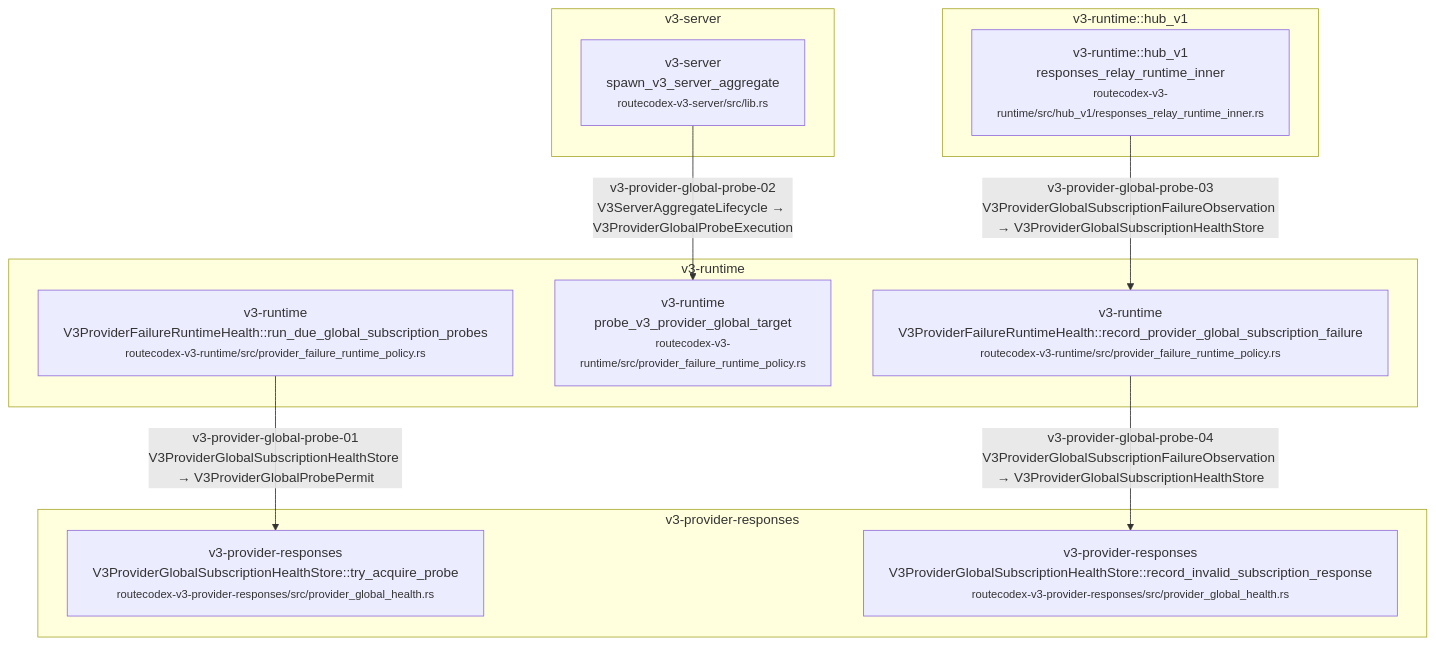
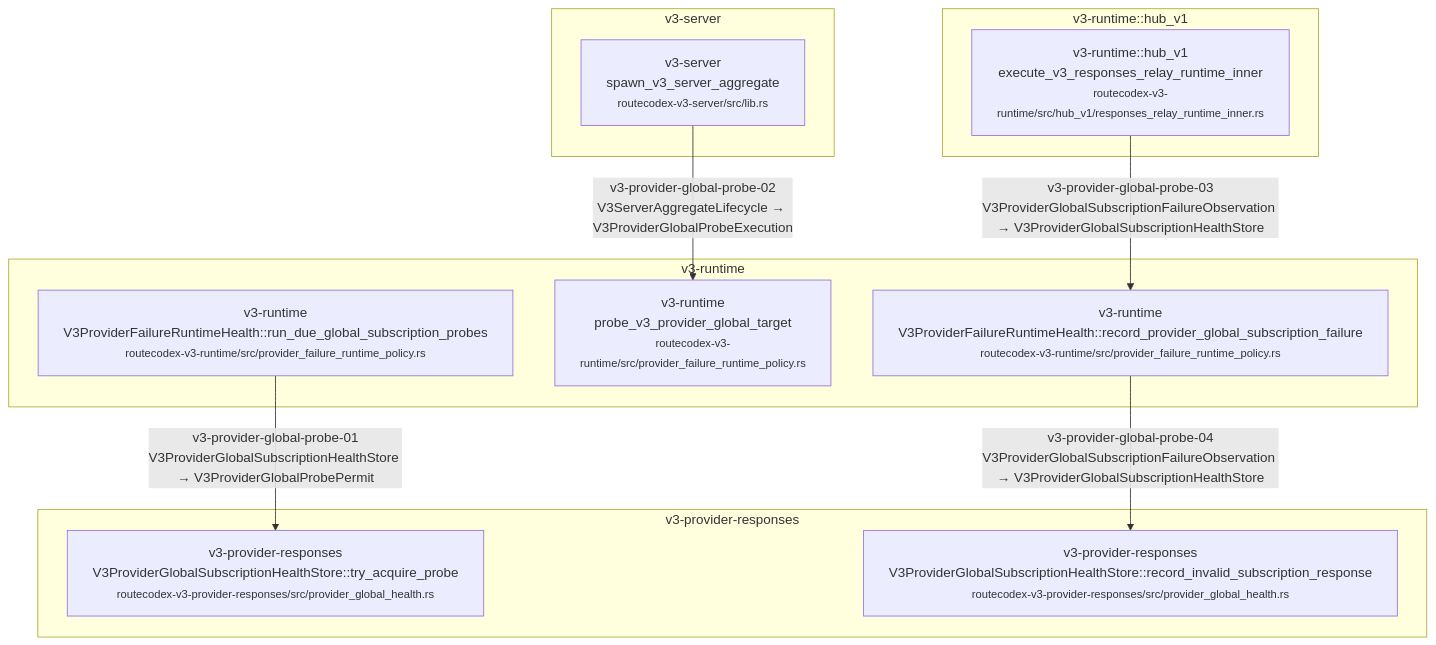
Diagram 59 of 59 in docs/architecture/wiki/v3-mainline-caller-flow.md (Jasonzhangf/routecodex), drawn with Mermaid before and after one commit. The commit also changed other lines of this file and 16 other files, not shown here.

````diff
--- a/docs/architecture/wiki/v3-mainline-caller-flow.md
+++ b/docs/architecture/wiki/v3-mainline-caller-flow.md
@@ -2389,22 +2389,22 @@
 ```mermaid
 flowchart TD
   subgraph c_57_v3_provider_global_subscription_probe_m_v3_provider_responses["v3-provider-responses"]
     c_57_v3_provider_global_subscription_probe_1["v3-provider-responses<br/>V3ProviderGlobalSubscriptionHealthStore::try_acquire_probe<br/><small>routecodex-v3-provider-responses/src/provider_global_health.rs</small>"]
     c_57_v3_provider_global_subscription_probe_6["v3-provider-responses<br/>V3ProviderGlobalSubscriptionHealthStore::record_invalid_subscription_response<br/><small>routecodex-v3-provider-responses/src/provider_global_health.rs</small>"]
   end
   subgraph c_57_v3_provider_global_subscription_probe_m_v3_runtime["v3-runtime"]
     c_57_v3_provider_global_subscription_probe_0["v3-runtime<br/>V3ProviderFailureRuntimeHealth::run_due_global_subscription_probes<br/><small>routecodex-v3-runtime/src/provider_failure_runtime_policy.rs</small>"]
     c_57_v3_provider_global_subscription_probe_3["v3-runtime<br/>probe_v3_provider_global_target<br/><small>routecodex-v3-runtime/src/provider_failure_runtime_policy.rs</small>"]
     c_57_v3_provider_global_subscription_probe_5["v3-runtime<br/>V3ProviderFailureRuntimeHealth::record_provider_global_subscription_failure<br/><small>routecodex-v3-runtime/src/provider_failure_runtime_policy.rs</small>"]
   end
   subgraph c_57_v3_provider_global_subscription_probe_m_v3_runtime__hub_v1["v3-runtime::hub_v1"]
-    c_57_v3_provider_global_subscription_probe_4["v3-runtime::hub_v1<br/>responses_relay_runtime_inner<br/><small>routecodex-v3-runtime/src/hub_v1/responses_relay_runtime_inner.rs</small>"]
+    c_57_v3_provider_global_subscription_probe_4["v3-runtime::hub_v1<br/>execute_v3_responses_relay_runtime_inner<br/><small>routecodex-v3-runtime/src/hub_v1/responses_relay_runtime_inner.rs</small>"]
   end
   subgraph c_57_v3_provider_global_subscription_probe_m_v3_server["v3-server"]
     c_57_v3_provider_global_subscription_probe_2["v3-server<br/>spawn_v3_server_aggregate<br/><small>routecodex-v3-server/src/lib.rs</small>"]
   end
   c_57_v3_provider_global_subscription_probe_0 -->|v3-provider-global-probe-01<br/>V3ProviderGlobalSubscriptionHealthStore → V3ProviderGlobalProbePermit| c_57_v3_provider_global_subscription_probe_1
   c_57_v3_provider_global_subscription_probe_2 -->|v3-provider-global-probe-02<br/>V3ServerAggregateLifecycle → V3ProviderGlobalProbeExecution| c_57_v3_provider_global_subscription_probe_3
   c_57_v3_provider_global_subscription_probe_4 -->|v3-provider-global-probe-03<br/>V3ProviderGlobalSubscriptionFailureObservation → V3ProviderGlobalSubscriptionHealthStore| c_57_v3_provider_global_subscription_probe_5
   c_57_v3_provider_global_subscription_probe_5 -->|v3-provider-global-probe-04<br/>V3ProviderGlobalSubscriptionFailureObservation → V3ProviderGlobalSubscriptionHealthStore| c_57_v3_provider_global_subscription_probe_6
 ```
````
